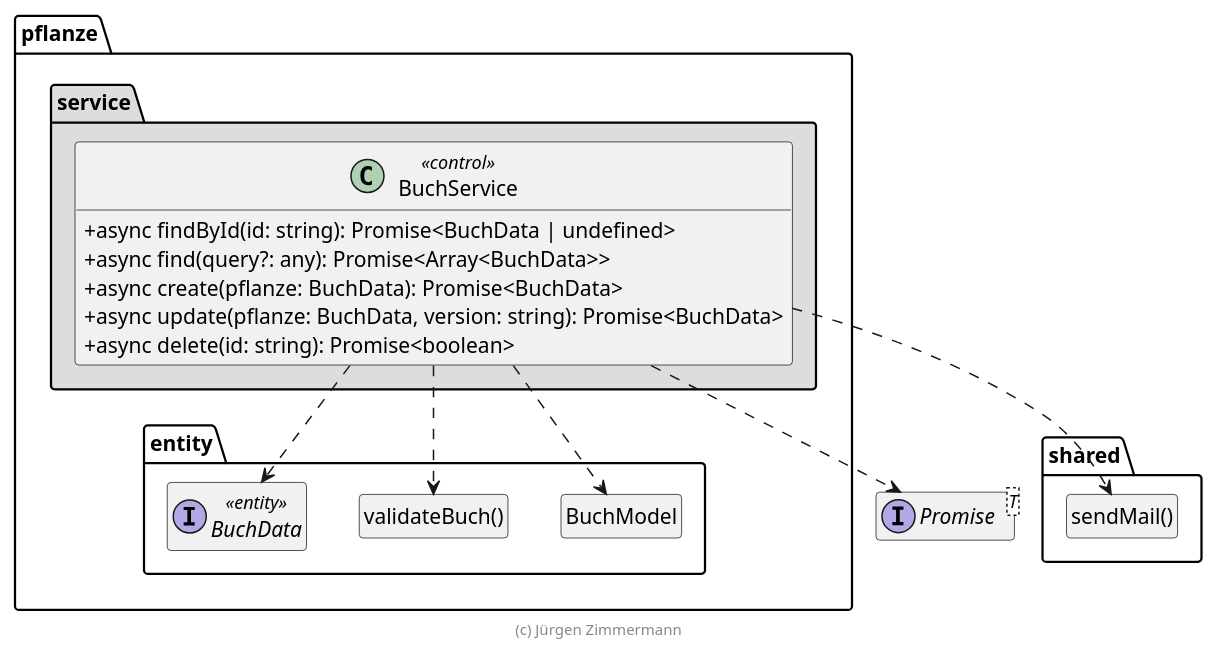
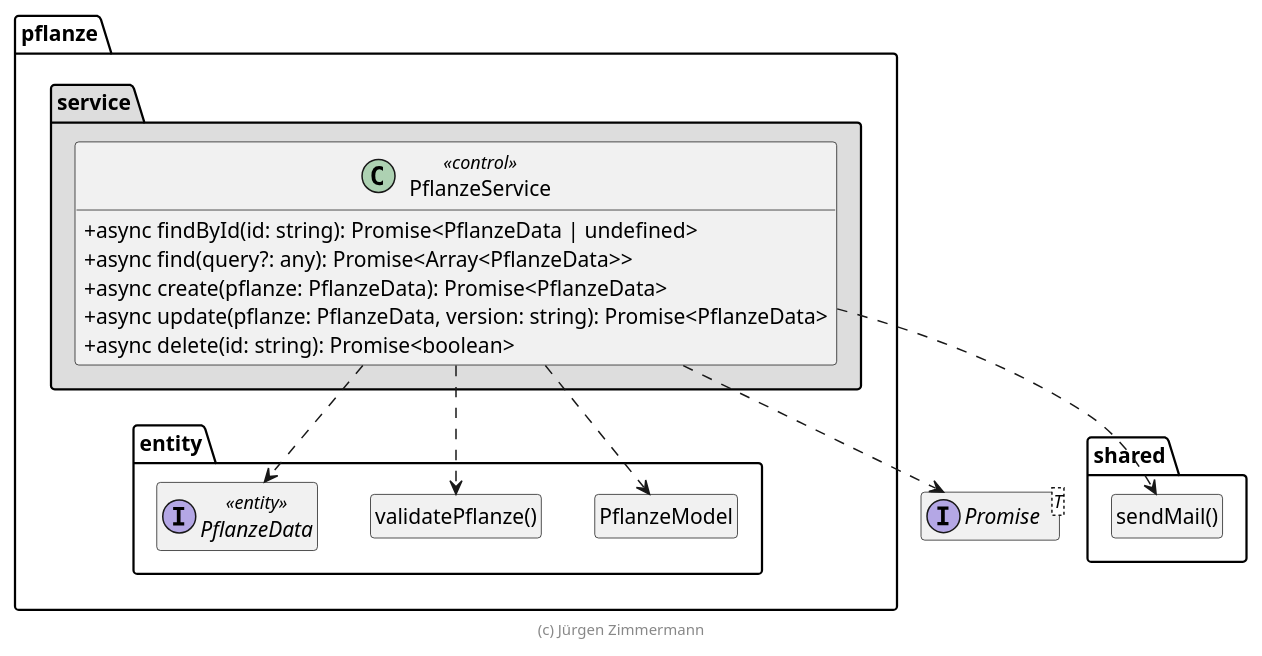
The diagram in doc/entwicklerhandbuch/BuchService.puml (Lasse0708/plantproject), drawn with PlantUML before and after one commit. The commit also changed 11 other files, not shown here.

```diff
--- a/doc/entwicklerhandbuch/BuchService.puml
+++ b/doc/entwicklerhandbuch/BuchService.puml
@@ -15,46 +15,46 @@
 @startuml Anwendungskern
 
 !pragma useNewPackage
 skinparam classAttributeIconSize 0
 skinparam componentStyle uml2
 
 interface Promise<T>
 
 package shared {
   class "sendMail()" as sendMail
   hide sendMail circle
 }
 
 package pflanze {
   package entity {
-    class BuchModel
-    hide BuchModel circle
+    class PflanzeModel
+    hide PflanzeModel circle
 
-    class "validateBuch()" as validateBuch
-    hide validateBuch circle
+    class "validatePflanze()" as validatePflanze
+    hide validatePflanze circle
 
-    interface BuchData <<entity>>
+    interface PflanzeData <<entity>>
   }
 
   package service #DDDDDD {
-    BuchService ..> Promise
-    BuchService ..> BuchModel
-    BuchService ..> BuchData
-    BuchService ..> validateBuch
-    BuchService ..> sendMail
+    PflanzeService ..> Promise
+    PflanzeService ..> PflanzeModel
+    PflanzeService ..> PflanzeData
+    PflanzeService ..> validatePflanze
+    PflanzeService ..> sendMail
 
-    class BuchService << control >> {
-      + async findById(id: string): Promise<BuchData | undefined>
-      + async find(query?: any): Promise<Array<BuchData>>
-      + async create(pflanze: BuchData): Promise<BuchData>
-      + async update(pflanze: BuchData, version: string): Promise<BuchData>
+    class PflanzeService << control >> {
+      + async findById(id: string): Promise<PflanzeData | undefined>
+      + async find(query?: any): Promise<Array<PflanzeData>>
+      + async create(pflanze: PflanzeData): Promise<PflanzeData>
+      + async update(pflanze: PflanzeData, version: string): Promise<PflanzeData>
       + async delete(id: string): Promise<boolean>
     }
   }
 }
 
 hide empty members
 
 footer (c) Jürgen Zimmermann
 
 @enduml
```
